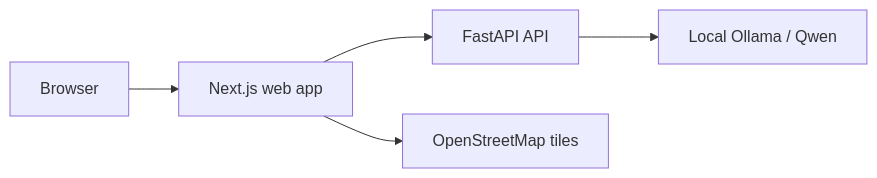
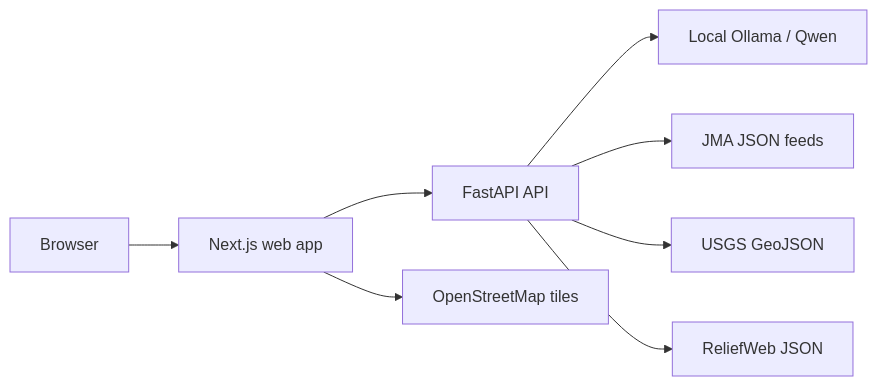
Before and after one commit to FearOfTheSea/DisasterMonitor: the first of 3 diagrams in docs/architecture.md, drawn with Mermaid. The commit also changed other lines of this file and 39 other files, not shown here.

````diff
--- a/docs/architecture.md
+++ b/docs/architecture.md
@@ -5,7 +5,10 @@
 ```mermaid
 flowchart LR
     browser["Browser"] --> web["Next.js web app"]
     web --> api["FastAPI API"]
     api --> ollama["Local Ollama / Qwen"]
+    api --> jma["JMA JSON feeds"]
+    api --> usgs["USGS GeoJSON"]
+    api --> reliefweb["ReliefWeb JSON"]
     web --> osm["OpenStreetMap tiles"]
 ```
````
